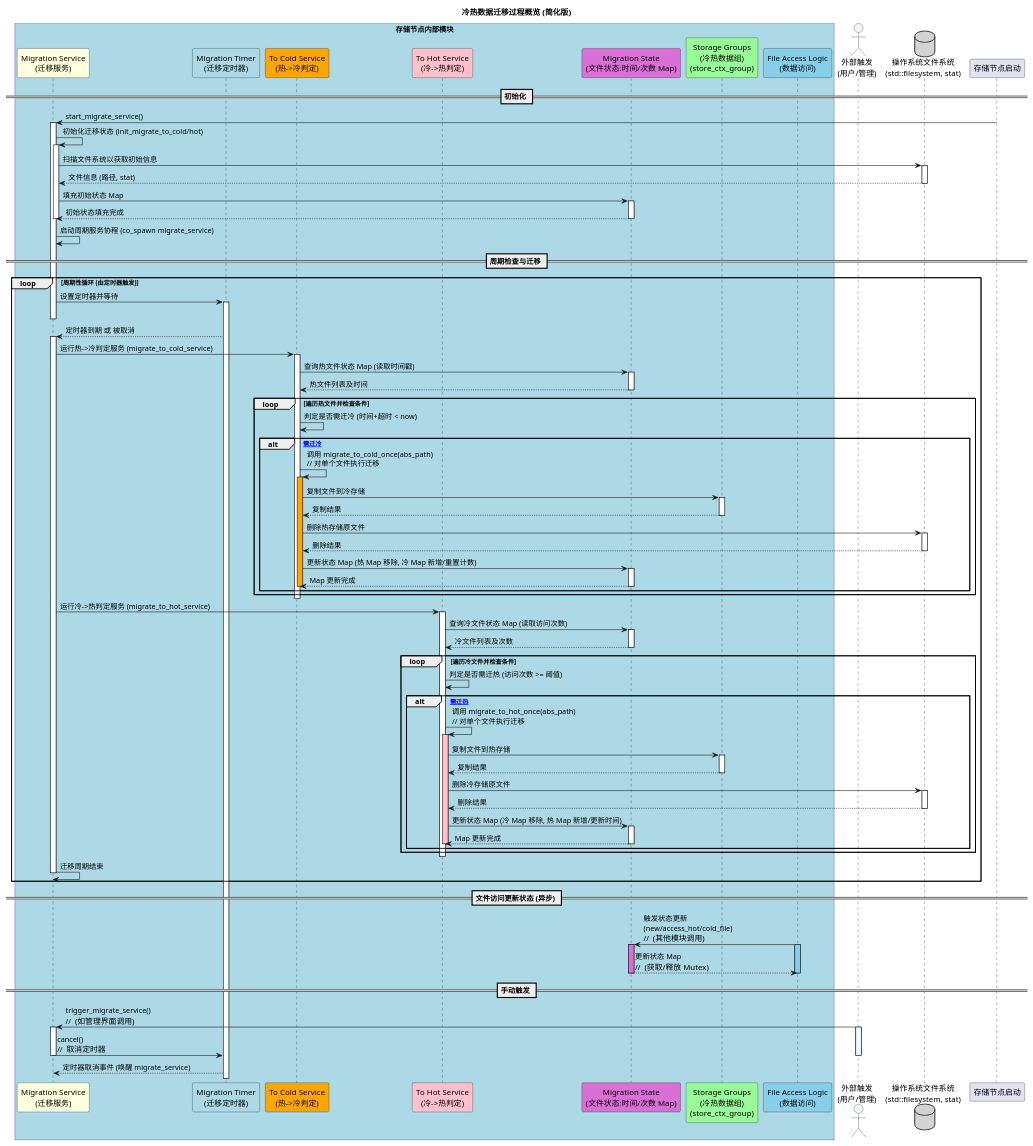
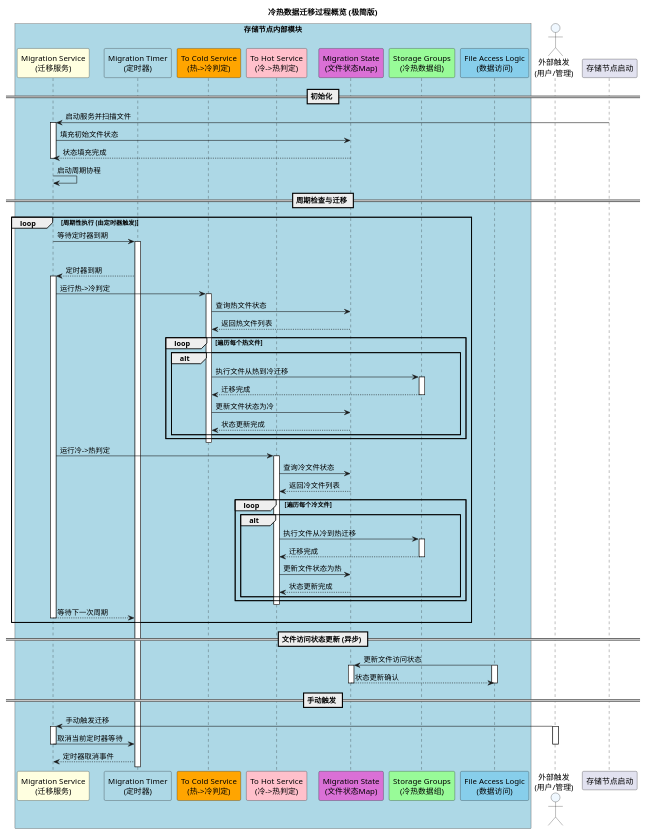
One commit to errlst/dfs changed the diagram in doc/puml/迁移.puml. Above: the diagram before and after it, drawn with PlantUML. The commit also changed 6 other files, not shown here.

```diff
--- a/doc/puml/迁移.puml
+++ b/doc/puml/迁移.puml
@@ -1,123 +1,89 @@
 @startuml
 
-title 冷热数据迁移过程概览 (简化版)
+title 冷热数据迁移过程概览 (极简版)
 
 box "存储节点内部模块" #LightBlue
-  participant "Migration Service\n(迁移服务)" as MigrateSvc #LightYellow
-  participant "Migration Timer\n(迁移定时器)" as Timer #lightblue
-  participant "To Cold Service\n(热->冷判定)" as ToColdSvc #orange
-  participant "To Hot Service\n(冷->热判定)" as ToHotSvc #pink
-  participant "Migration State\n(文件状态:时间/次数 Map)" as State #orchid
-  participant "Storage Groups\n(冷热数据组)\n(store_ctx_group)" as StoreGroups #palegreen
-  participant "File Access Logic\n(数据访问)" as FileAccess #skyblue
+participant "Migration Service\n(迁移服务)" as MigrateSvc #LightYellow
+participant "Migration Timer\n(定时器)" as Timer #lightblue
+participant "To Cold Service\n(热->冷判定)" as ToColdSvc #orange
+participant "To Hot Service\n(冷->热判定)" as ToHotSvc #pink
+participant "Migration State\n(文件状态Map)" as State #orchid
+participant "Storage Groups\n(冷热数据组)" as StoreGroups #palegreen
+participant "File Access Logic\n(数据访问)" as FileAccess #skyblue
 end box
 
 actor "外部触发\n(用户/管理)" as External #AliceBlue
-database "操作系统文件系统\n(std::filesystem, stat)" as OSFS #lightgray
 
 
 == 初始化 ==
-"存储节点启动" -> MigrateSvc : start_migrate_service()
+"存储节点启动" -> MigrateSvc : 启动服务并扫描文件
 activate MigrateSvc
-MigrateSvc -> MigrateSvc : 初始化迁移状态 (init_migrate_to_cold/hot)
-activate MigrateSvc
-MigrateSvc -> OSFS : 扫描文件系统以获取初始信息
-activate OSFS
-OSFS --> MigrateSvc : 文件信息 (路径, stat)
-deactivate OSFS
-MigrateSvc -> State : 填充初始状态 Map
-activate State
-State --> MigrateSvc : 初始状态填充完成
-deactivate State
+MigrateSvc -> State : 填充初始文件状态
+State --> MigrateSvc : 状态填充完成
 deactivate MigrateSvc
-MigrateSvc -> MigrateSvc : 启动周期服务协程 (co_spawn migrate_service)
+MigrateSvc -> MigrateSvc : 启动周期协程
 
 == 周期检查与迁移 ==
-loop 周期性循环 (由定时器触发)
-  MigrateSvc -> Timer : 设置定时器并等待
+loop 周期性执行 (由定时器触发)
+  MigrateSvc -> Timer : 等待定时器到期
   activate Timer
   deactivate MigrateSvc
-  Timer --> MigrateSvc : 定时器到期 或 被取消
+  Timer --> MigrateSvc : 定时器到期
   activate MigrateSvc
 
-  ' --- 热到冷判定与触发 ---
-  MigrateSvc -> ToColdSvc : 运行热->冷判定服务 (migrate_to_cold_service)
+  ' --- 热到冷处理 ---
+  MigrateSvc -> ToColdSvc : 运行热->冷判定
   activate ToColdSvc
-  ToColdSvc -> State : 查询热文件状态 Map (读取时间戳)
-  activate State
-  State --> ToColdSvc : 热文件列表及时间
-  deactivate State
-  loop 遍历热文件并检查条件
-    ToColdSvc -> ToColdSvc : 判定是否需迁冷 (时间+超时 < now)
-    alt [需迁冷]
-      ToColdSvc -> ToColdSvc : 调用 migrate_to_cold_once(abs_path)\n// 对单个文件执行迁移
-      activate ToColdSvc #orange
-      ToColdSvc -> StoreGroups : 复制文件到冷存储
+  ToColdSvc -> State : 查询热文件状态
+  State --> ToColdSvc : 返回热文件列表
+  loop 遍历每个热文件
+    alt
+      ToColdSvc -> StoreGroups : 执行文件从热到冷迁移
       activate StoreGroups
-      StoreGroups --> ToColdSvc #orange : 复制结果
+      StoreGroups --> ToColdSvc : 迁移完成
       deactivate StoreGroups
-      ToColdSvc -> OSFS : 删除热存储原文件
-      activate OSFS
-      OSFS --> ToColdSvc #orange : 删除结果
-      deactivate OSFS
-      ToColdSvc -> State : 更新状态 Map (热 Map 移除, 冷 Map 新增/重置计数)
-      activate State
-      State --> ToColdSvc #orange : Map 更新完成
-      deactivate State
-      deactivate ToColdSvc #orange
+      ToColdSvc -> State : 更新文件状态为冷
+      State --> ToColdSvc : 状态更新完成
     end
   end
   deactivate ToColdSvc
 
-  ' --- 冷到热判定与触发 ---
-  MigrateSvc -> ToHotSvc : 运行冷->热判定服务 (migrate_to_hot_service)
+  ' --- 冷到热处理 ---
+  MigrateSvc -> ToHotSvc : 运行冷->热判定
   activate ToHotSvc
-  ToHotSvc -> State : 查询冷文件状态 Map (读取访问次数)
-  activate State
-  State --> ToHotSvc : 冷文件列表及次数
-  deactivate State
-  loop 遍历冷文件并检查条件
-    ToHotSvc -> ToHotSvc : 判定是否需迁热 (访问次数 >= 阈值)
-    alt [需迁热]
-      ToHotSvc -> ToHotSvc : 调用 migrate_to_hot_once(abs_path)\n// 对单个文件执行迁移
-      activate ToHotSvc #pink
-      ToHotSvc -> StoreGroups : 复制文件到热存储
+  ToHotSvc -> State : 查询冷文件状态
+  State --> ToHotSvc : 返回冷文件列表
+  loop 遍历每个冷文件
+    alt
+      ToHotSvc -> StoreGroups : 执行文件从冷到热迁移
       activate StoreGroups
-      StoreGroups --> ToHotSvc #pink : 复制结果
+      StoreGroups --> ToHotSvc : 迁移完成
       deactivate StoreGroups
-      ToHotSvc -> OSFS : 删除冷存储原文件
-      activate OSFS
-      OSFS --> ToHotSvc #pink : 删除结果
-      deactivate OSFS
-      ToHotSvc -> State : 更新状态 Map (冷 Map 移除, 热 Map 新增/更新时间)
-      activate State
-      State --> ToHotSvc #pink : Map 更新完成
-      deactivate State
-      deactivate ToHotSvc #pink
+      ToHotSvc -> State : 更新文件状态为热
+      State --> ToHotSvc : 状态更新完成
     end
   end
   deactivate ToHotSvc
 
-  MigrateSvc -> MigrateSvc : 迁移周期结束
+  MigrateSvc --> Timer : 等待下一次周期
   deactivate MigrateSvc
 end
 
-== 文件访问更新状态 (异步) ==
-FileAccess -> State : 触发状态更新\n(new/access_hot/cold_file)\n// <size:14> (其他模块调用)
-activate FileAccess #skyblue
-activate State #orchid
-State --> FileAccess #skyblue : 更新状态 Map\n// <size:14> (获取/释放 Mutex)
+== 文件访问状态更新 (异步) ==
+FileAccess -> State : 更新文件访问状态
+activate FileAccess
+activate State
+State --> FileAccess : 状态更新确认
 deactivate State
-deactivate FileAccess #skyblue
+deactivate FileAccess
 
 == 手动触发 ==
-External -> MigrateSvc : trigger_migrate_service()\n// <size:14> (如管理界面调用)
-activate External #AliceBlue
+External -> MigrateSvc : 手动触发迁移
+activate External
 activate MigrateSvc
-MigrateSvc -> Timer : cancel()\n// <size:14> 取消定时器
+MigrateSvc -> Timer : 取消当前定时器等待
 deactivate MigrateSvc
-deactivate External #AliceBlue
-Timer --> MigrateSvc : 定时器取消事件 (唤醒 migrate_service)
-
+deactivate External
+Timer --> MigrateSvc : 定时器取消事件
 
 @enduml
```
